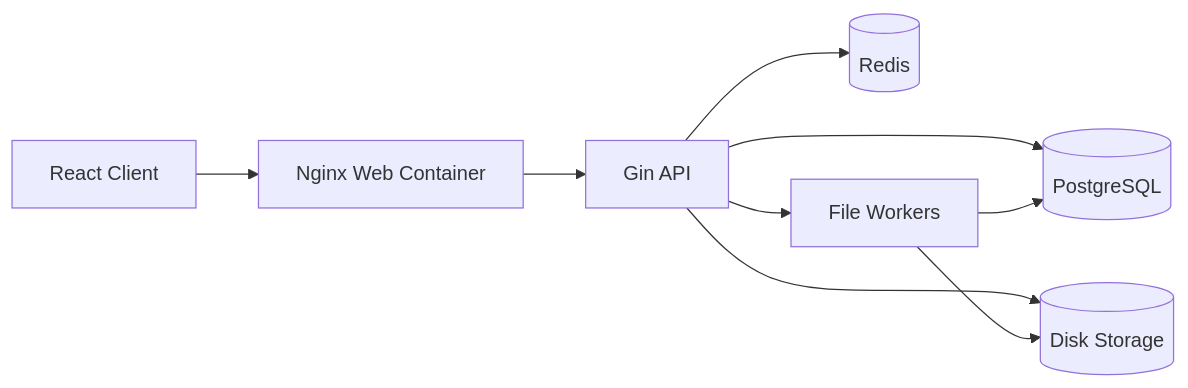
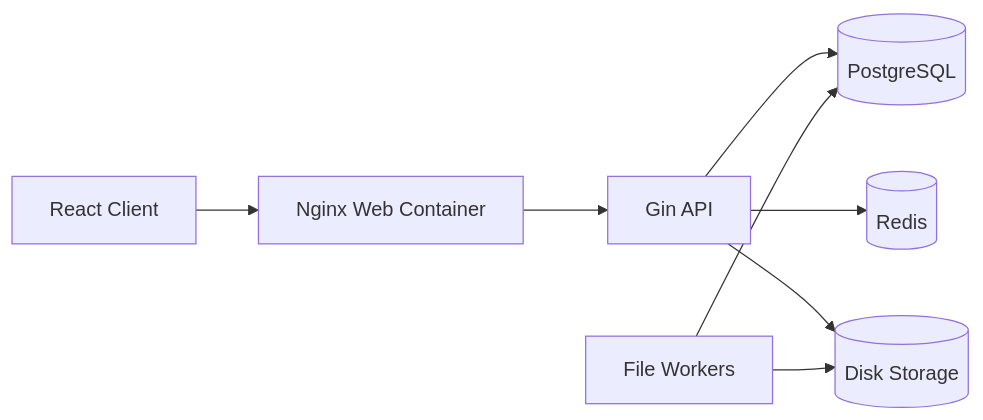
One commit to ErenKarakus1/File-Management-Platform changed the first of 3 diagrams in README.md. Above: the diagram before and after it, drawn with Mermaid.

Commit message:
docs: polish architecture diagram

````diff
--- a/README.md
+++ b/README.md
@@ -14,14 +14,12 @@
 ```mermaid
 flowchart LR
     Client[React Client] --> Web[Nginx Web Container]
     Web --> API[Gin API]
 
     API --> Postgres[(PostgreSQL)]
     API --> Redis[(Redis)]
     API --> Storage[(Disk Storage)]
 
     Workers[File Workers] --> Postgres
     Workers --> Storage
-
-    API --> Workers
 ```
````
